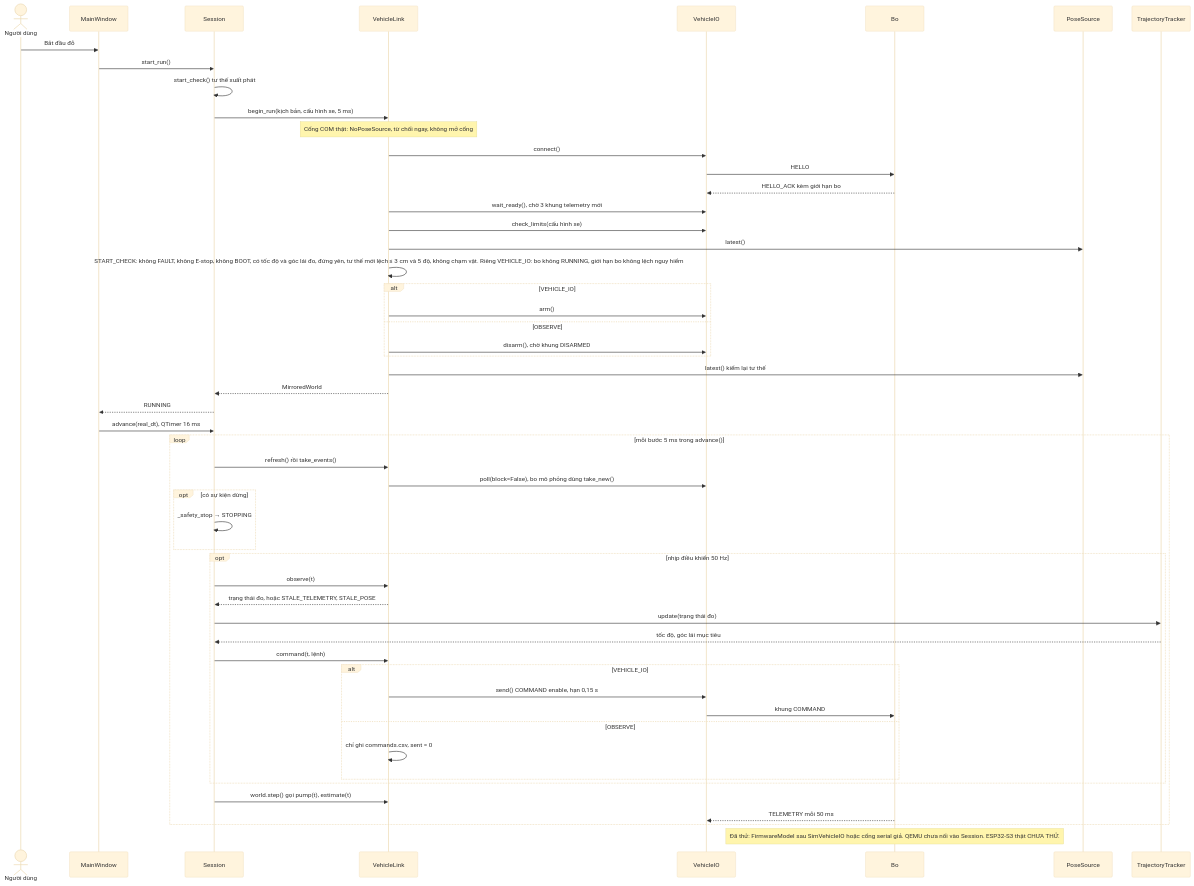
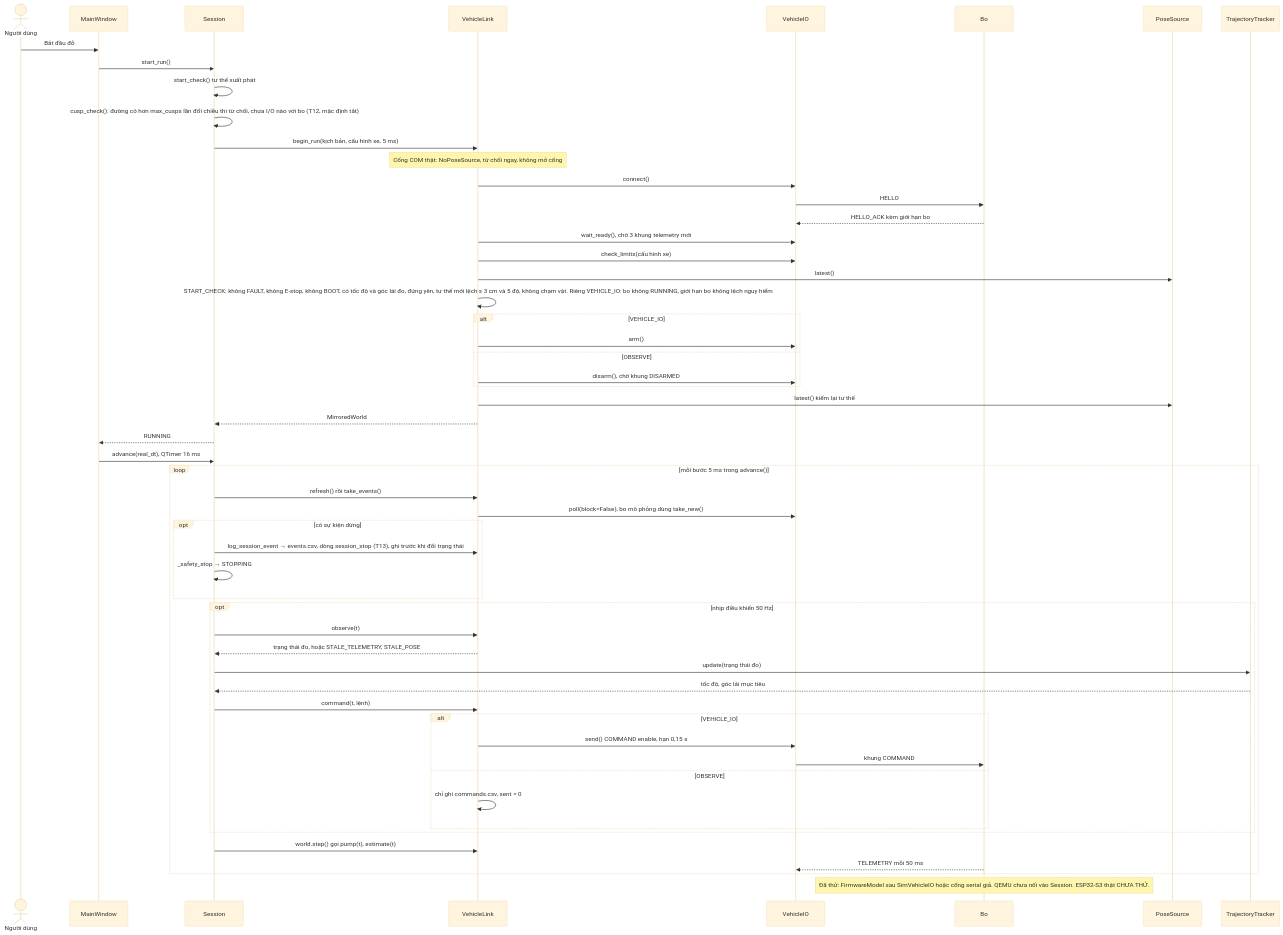
One commit to thbn12082/autopark changed the eighth of 49 diagrams in autopark/docs/SO_DO_HE_THONG.md. Above: the diagram before and after it, drawn with Mermaid (base theme). The commit also changed other lines of this file and 82 other files, not shown here.

````diff
--- a/autopark/docs/SO_DO_HE_THONG.md
+++ b/autopark/docs/SO_DO_HE_THONG.md
@@ -479,55 +498,57 @@
 ```mermaid
 sequenceDiagram
     actor U as Người dùng
     participant W as MainWindow
     participant S as Session
     participant L as VehicleLink
     participant IO as VehicleIO
     participant B as Bo
     participant P as PoseSource
     participant T as TrajectoryTracker
     U->>W: Bắt đầu đỗ
     W->>S: start_run()
     S->>S: start_check() tư thế xuất phát
+    S->>S: cusp_check(): đường có hơn max_cusps lần đổi chiều thì từ chối, chưa I/O nào với bo (T12, mặc định tắt)
     S->>L: begin_run(kịch bản, cấu hình xe, 5 ms)
     Note over L: Cổng COM thật: NoPoseSource, từ chối ngay, không mở cổng
     L->>IO: connect()
     IO->>B: HELLO
     B-->>IO: HELLO_ACK kèm giới hạn bo
     L->>IO: wait_ready(), chờ 3 khung telemetry mới
     L->>IO: check_limits(cấu hình xe)
     L->>P: latest()
     L->>L: START_CHECK: không FAULT, không E-stop, không BOOT, có tốc độ và góc lái đo, đứng yên, tư thế mới lệch ≤ 3 cm và 5 độ, không chạm vật. Riêng VEHICLE_IO: bo không RUNNING, giới hạn bo không lệch nguy hiểm
     alt VEHICLE_IO
         L->>IO: arm()
     else OBSERVE
         L->>IO: disarm(), chờ khung DISARMED
     end
     L->>P: latest() kiểm lại tư thế
     L-->>S: MirroredWorld
     S-->>W: RUNNING
     W->>S: advance(real_dt), QTimer 16 ms
     loop mỗi bước 5 ms trong advance()
         S->>L: refresh() rồi take_events()
         L->>IO: poll(block=False), bo mô phỏng dùng take_new()
         opt có sự kiện dừng
+            S->>L: log_session_event → events.csv, dòng session_stop (T13), ghi trước khi đổi trạng thái
             S->>S: _safety_stop → STOPPING
         end
         opt nhịp điều khiển 50 Hz
             S->>L: observe(t)
             L-->>S: trạng thái đo, hoặc STALE_TELEMETRY, STALE_POSE
             S->>T: update(trạng thái đo)
             T-->>S: tốc độ, góc lái mục tiêu
             S->>L: command(t, lệnh)
             alt VEHICLE_IO
                 L->>IO: send() COMMAND enable, hạn 0,15 s
                 IO->>B: khung COMMAND
             else OBSERVE
                 L->>L: chỉ ghi commands.csv, sent = 0
             end
         end
         S->>L: world.step() gọi pump(t), estimate(t)
         B-->>IO: TELEMETRY mỗi 50 ms
     end
     Note over B: Đã thử: FirmwareModel sau SimVehicleIO hoặc cổng serial giả. QEMU chưa nối vào Session. ESP32-S3 thật CHƯA THỬ.
 ```
````
